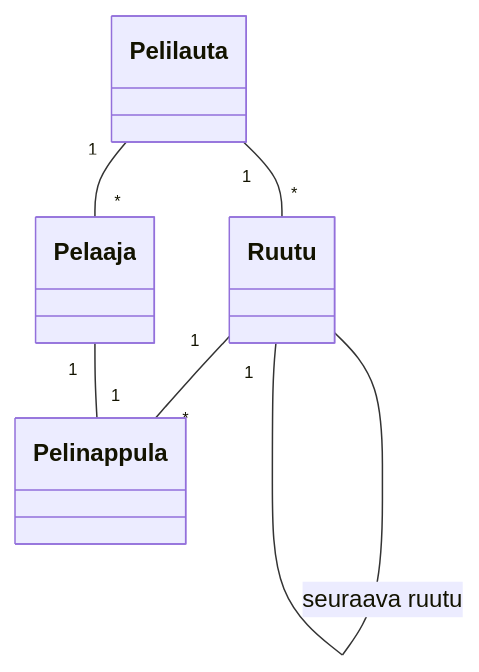
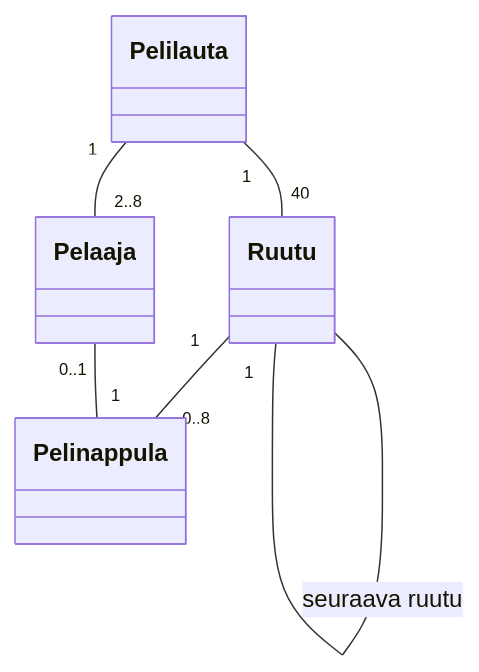
One commit to JonathanHeyno/ot-harjoitustyo changed the diagram in laskarit/viikko3/Monopoli1.md. Above: the diagram before and after it, drawn with Mermaid.

````diff
--- a/laskarit/viikko3/Monopoli1.md
+++ b/laskarit/viikko3/Monopoli1.md
@@ -1,20 +1,20 @@
 ```mermaid
  classDiagram
-      Pelilauta "1" -- "*" Ruutu
-	  Ruutu "1" -- "*" Pelinappula
-	  Pelaaja "1" -- "1" Pelinappula
-	  Pelilauta "1" -- "*" Pelaaja
+      Pelilauta "1" -- "40" Ruutu
+	  Ruutu "1" -- "0..8" Pelinappula
+	  Pelaaja "0..1" -- "1" Pelinappula
+	  Pelilauta "1" -- "2..8" Pelaaja
 	  Ruutu "" -- "1" Ruutu: seuraava ruutu
       class Pelilauta{
 
       }
       class Ruutu{
 
       }
 	  class Pelinappula{
 
       }
 	  class Pelaaja{
 
       }
 ```
````
